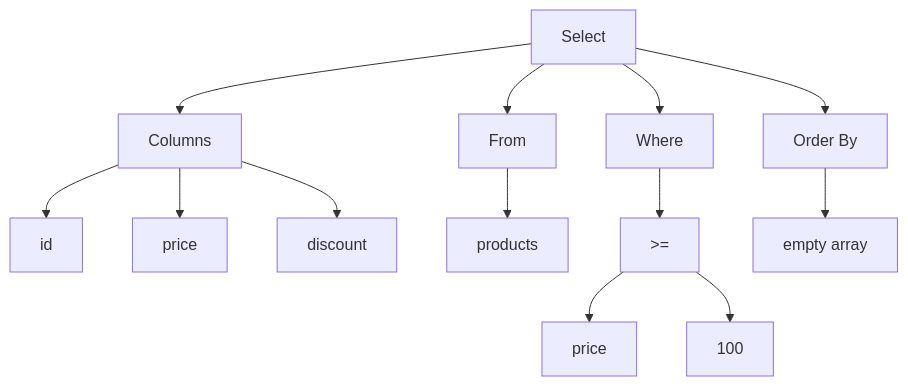
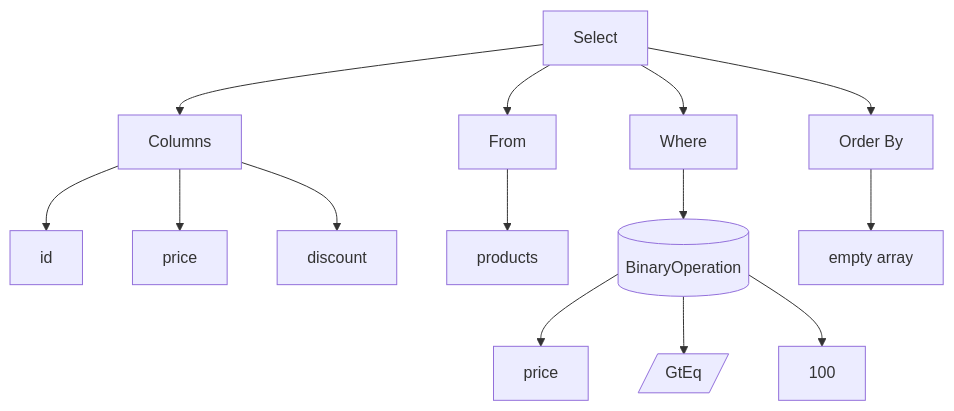
The third of 4 diagrams in engineer/cs/simple-csv-query-tool/timelines/week_2/testcase.md (TickLabVN/challenges), drawn with Mermaid before and after one commit.

````diff
--- a/engineer/cs/simple-csv-query-tool/timelines/week_2/testcase.md
+++ b/engineer/cs/simple-csv-query-tool/timelines/week_2/testcase.md
@@ -90,17 +90,21 @@
 ```mermaid
 flowchart TD
     S[Select]
     S --> C[Columns]
     S --> F[From]
     S --> W[Where]
     S --> O[Order By]
 
     C --> ID[id]
     C --> PRICE[price]
     C --> DISCOUNT[discount]
+    
     F --> PRODUCTS[products]
-    W --> OP[>=]
-    OP --> PRICE2[price]
-    OP --> NUM[100]
+
+    W --> EXPR1[(BinaryOperation)]
+    EXPR1 --> LEFT[price]
+    EXPR1 --> OP[/GtEq/]
+    EXPR1 --> RIGHT[100]
+
     O --> EMPTY[empty array]
 ```
````
